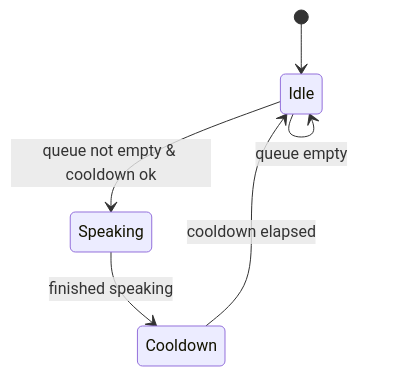
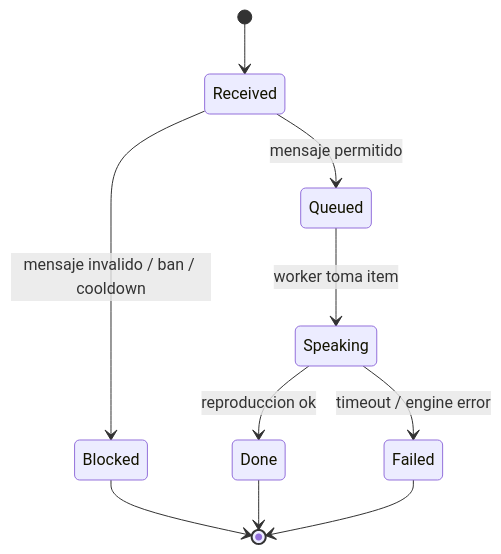
The third of 3 diagrams in README.md (yorologo/TikTok_TTS_Control), drawn with Mermaid before and after one commit. The commit also changed other lines of this file and 7 other files, not shown here.

````diff
--- a/README.md
+++ b/README.md
@@ -235,8 +315,12 @@
 ```mermaid
 stateDiagram-v2
-  [*] --> Idle
-  Idle --> Speaking: queue not empty & cooldown ok
-  Speaking --> Cooldown: finished speaking
-  Cooldown --> Idle: cooldown elapsed
-  Idle --> Idle: queue empty
+  [*] --> Received
+  Received --> Blocked: mensaje invalido / ban / cooldown
+  Received --> Queued: mensaje permitido
+  Queued --> Speaking: worker toma item
+  Speaking --> Done: reproduccion ok
+  Speaking --> Failed: timeout / engine error
+  Blocked --> [*]
+  Done --> [*]
+  Failed --> [*]
 ```
````
